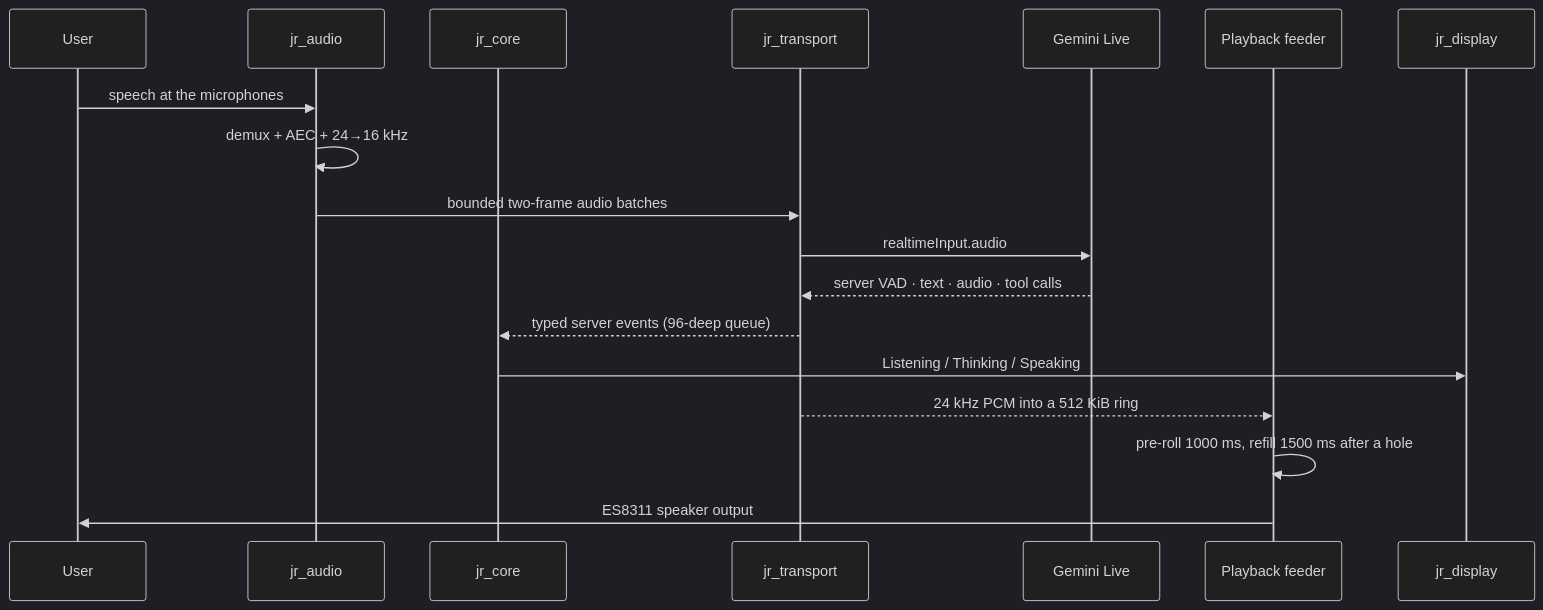
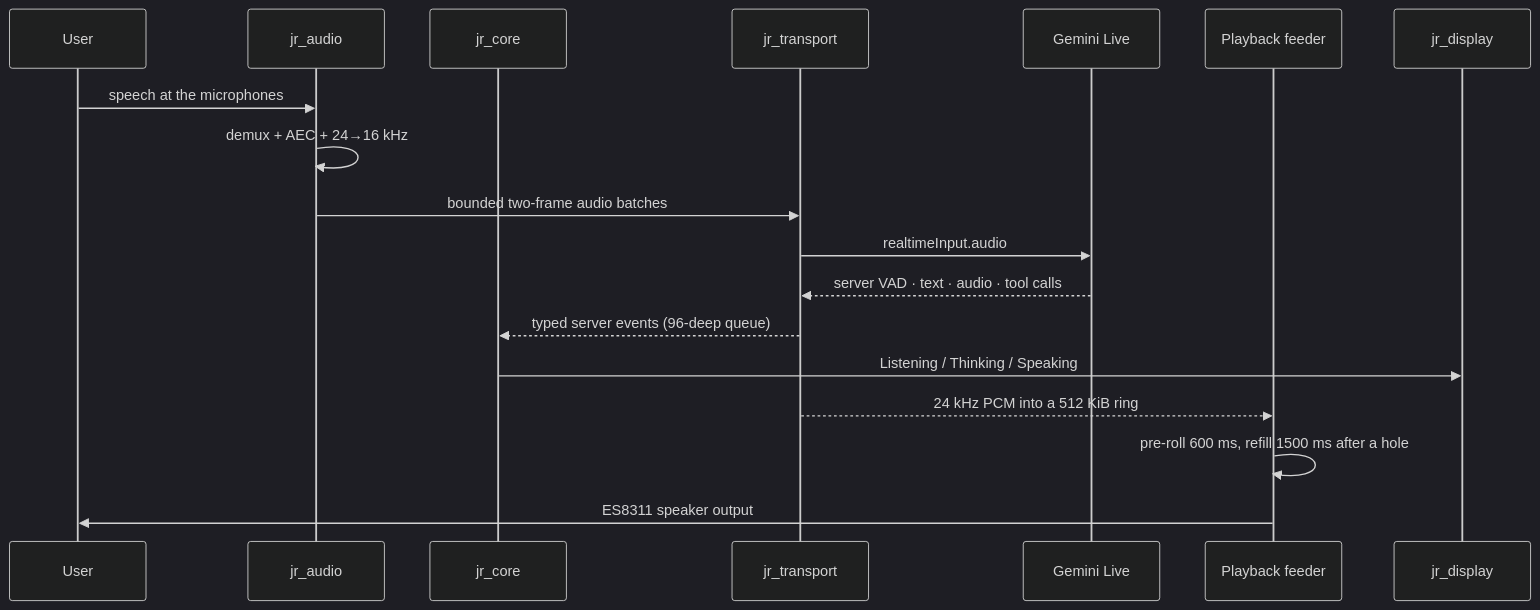
The second of 5 diagrams in docs/ARCHITECTURE.md (PascalAI2024/JarvisNano), drawn with Mermaid (dark theme) before and after one commit. The commit also changed other lines of this file and 4 other files, not shown here.

First line of the commit message:
perf: pre-roll 600 ms before a reply's first word — the owner chose latency

````diff
--- a/docs/ARCHITECTURE.md
+++ b/docs/ARCHITECTURE.md
@@ -91,21 +91,21 @@
 ```mermaid
 sequenceDiagram
     participant U as User
     participant A as jr_audio
     participant C as jr_core
     participant T as jr_transport
     participant G as Gemini Live
     participant P as Playback feeder
     participant D as jr_display
 
     U->>A: speech at the microphones
     A->>A: demux + AEC + 24→16 kHz
     A->>T: bounded two-frame audio batches
     T->>G: realtimeInput.audio
     G-->>T: server VAD · text · audio · tool calls
     T-->>C: typed server events (96-deep queue)
     C->>D: Listening / Thinking / Speaking
     T-->>P: 24 kHz PCM into a 512 KiB ring
-    P->>P: pre-roll 1000 ms, refill 1500 ms after a hole
+    P->>P: pre-roll 600 ms, refill 1500 ms after a hole
     P->>U: ES8311 speaker output
 ```
````
